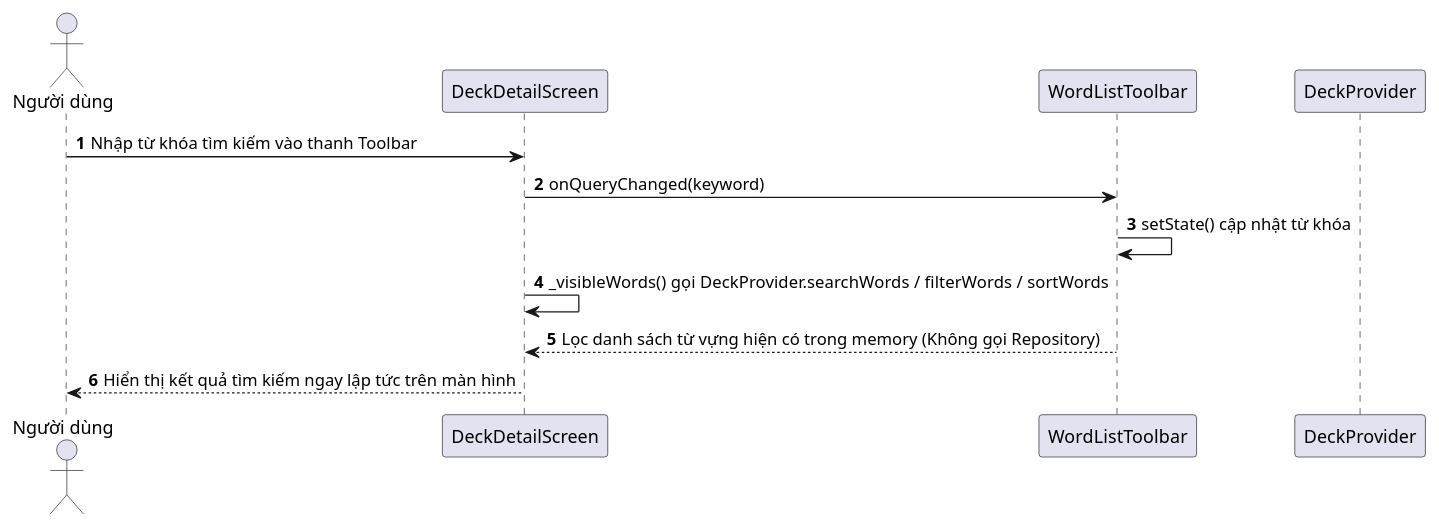
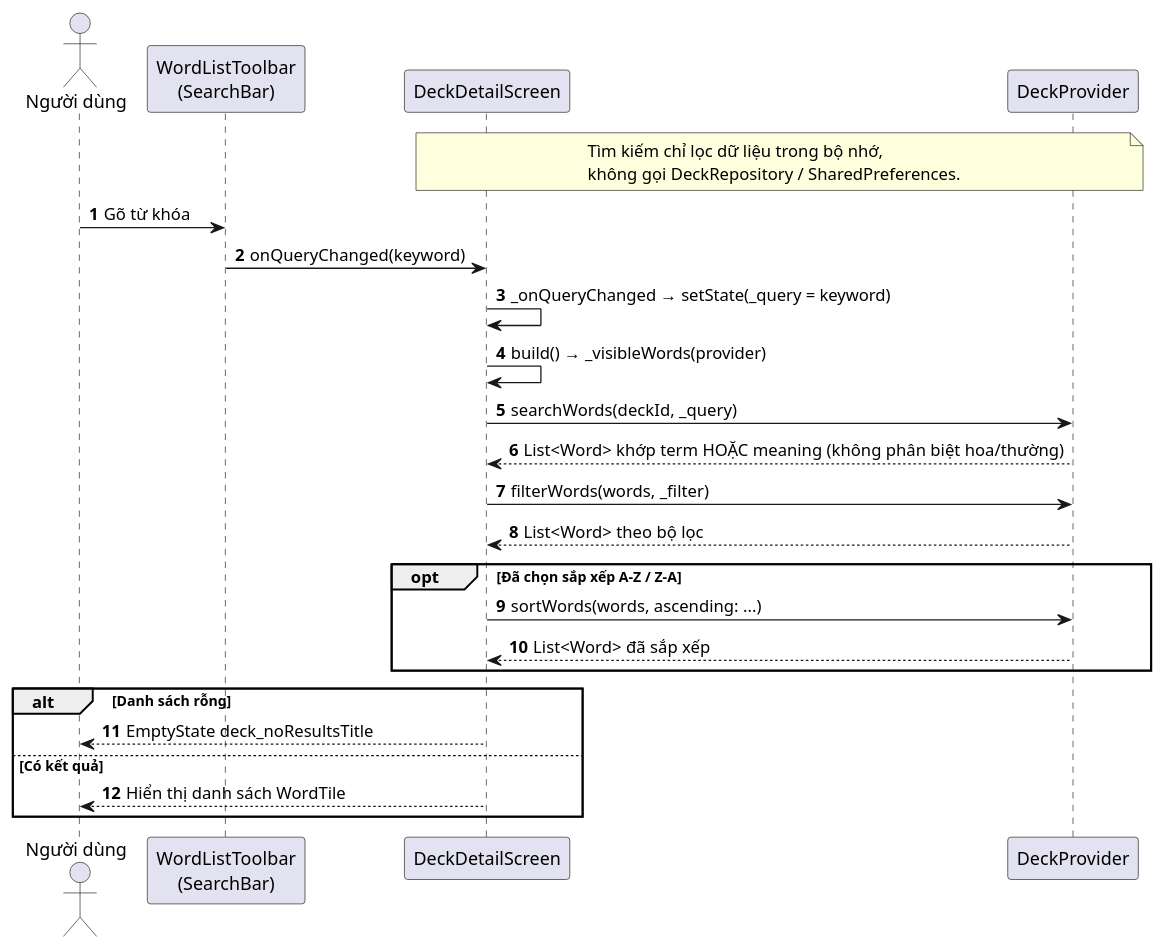
One commit to hoang-adu/2026_2027_1_1_LTTBDD_N01_Nhom_2 changed the diagram in docs/sequence_search_word.puml. Above: the diagram before and after it, drawn with PlantUML. The commit also changed 8 other files, not shown here.

Commit message:
docs(uml): sửa sơ đồ sequence/activity khớp với code

```diff
--- a/docs/sequence_search_word.puml
+++ b/docs/sequence_search_word.puml
@@ -1,14 +1,30 @@
 @startuml
 autonumber
 actor "Người dùng" as User
+participant "WordListToolbar\n(SearchBar)" as Toolbar
 participant "DeckDetailScreen" as UI
-participant "WordListToolbar" as Toolbar
 participant "DeckProvider" as Provider
 
-User -> UI: Nhập từ khóa tìm kiếm vào thanh Toolbar
-UI -> Toolbar: onQueryChanged(keyword)
-Toolbar -> Toolbar: setState() cập nhật từ khóa
-UI -> UI: _visibleWords() gọi DeckProvider.searchWords / filterWords / sortWords
-Toolbar --> UI: Lọc danh sách từ vựng hiện có trong memory (Không gọi Repository)
-UI --> User: Hiển thị kết quả tìm kiếm ngay lập tức trên màn hình
+note over UI, Provider
+  Tìm kiếm chỉ lọc dữ liệu trong bộ nhớ,
+  không gọi DeckRepository / SharedPreferences.
+end note
+
+User -> Toolbar: Gõ từ khóa
+Toolbar -> UI: onQueryChanged(keyword)
+UI -> UI: _onQueryChanged → setState(_query = keyword)
+UI -> UI: build() → _visibleWords(provider)
+UI -> Provider: searchWords(deckId, _query)
+Provider --> UI: List<Word> khớp term HOẶC meaning (không phân biệt hoa/thường)
+UI -> Provider: filterWords(words, _filter)
+Provider --> UI: List<Word> theo bộ lọc
+opt Đã chọn sắp xếp A–Z / Z–A
+    UI -> Provider: sortWords(words, ascending: ...)
+    Provider --> UI: List<Word> đã sắp xếp
+end
+alt Danh sách rỗng
+    UI --> User: EmptyState deck_noResultsTitle
+else Có kết quả
+    UI --> User: Hiển thị danh sách WordTile
+end
 @enduml
```
